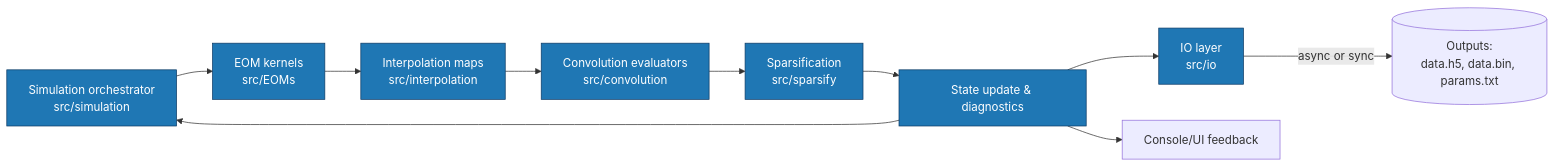
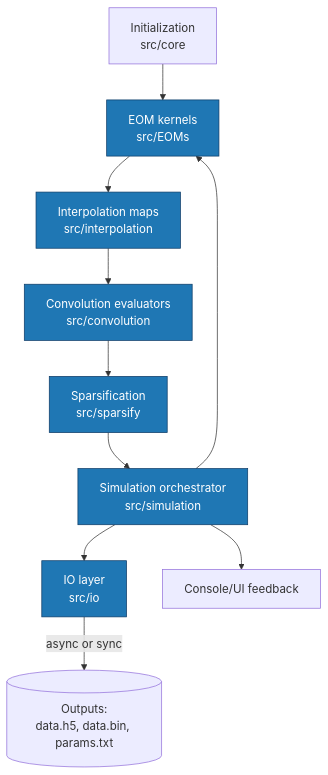
One commit to DMFT-evolution/DYNAMITE changed the diagram in docs/concepts/architecture.md. Above: the diagram before and after it, drawn with Mermaid. The commit also changed other lines of this file and 9 other files, not shown here.

````diff
--- a/docs/concepts/architecture.md
+++ b/docs/concepts/architecture.md
@@ -14,21 +14,20 @@
 ```mermaid
-flowchart LR
-  sim[Simulation orchestrator<br/>src/simulation] --> eoms[EOM kernels<br/>src/EOMs]
+flowchart TD
+  init[Initialization<br/>src/core] --> eoms[EOM kernels<br/>src/EOMs]
   eoms --> interp[Interpolation maps<br/>src/interpolation]
   interp --> conv[Convolution evaluators<br/>src/convolution]
   conv --> sparsify[Sparsification<br/>src/sparsify]
-  sparsify --> update[State update & diagnostics]
-  update --> sim
-  update --> io[IO layer<br/>src/io]
+  sparsify --> sim[Simulation orchestrator<br/>src/simulation] 
+  sim --> eoms
+  sim --> io[IO layer<br/>src/io]
   io -->|async or sync| storage[(Outputs:<br/>data.h5, data.bin, params.txt)]
-  update --> console[Console/UI feedback]
+  sim --> console[Console/UI feedback]
 
   classDef module fill:#1f77b4,stroke:#0d3b66,color:#fff
   sim:::module
   eoms:::module
   interp:::module
   conv:::module
   sparsify:::module
-  update:::module
   io:::module
 ```
````
